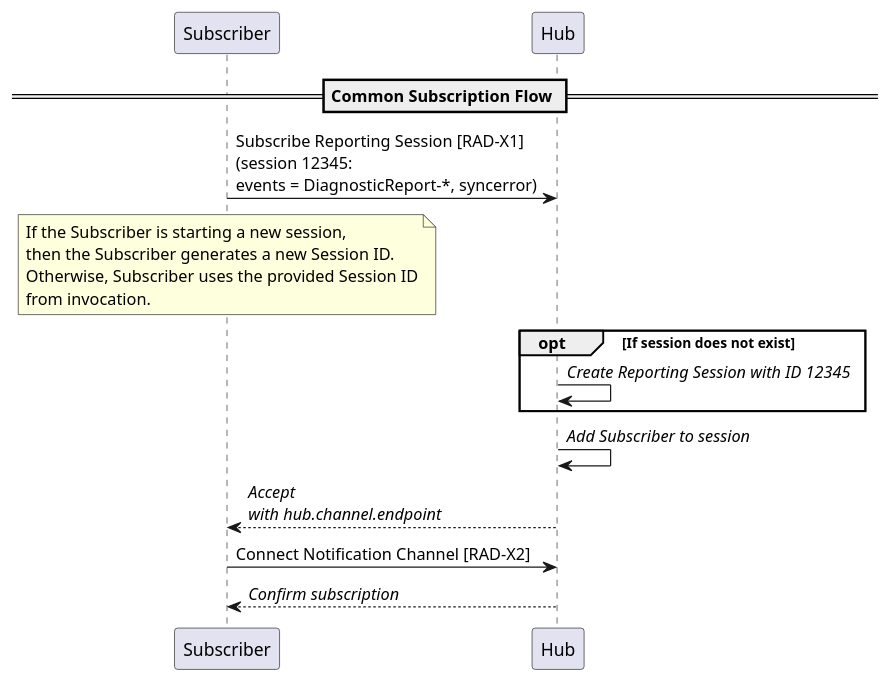
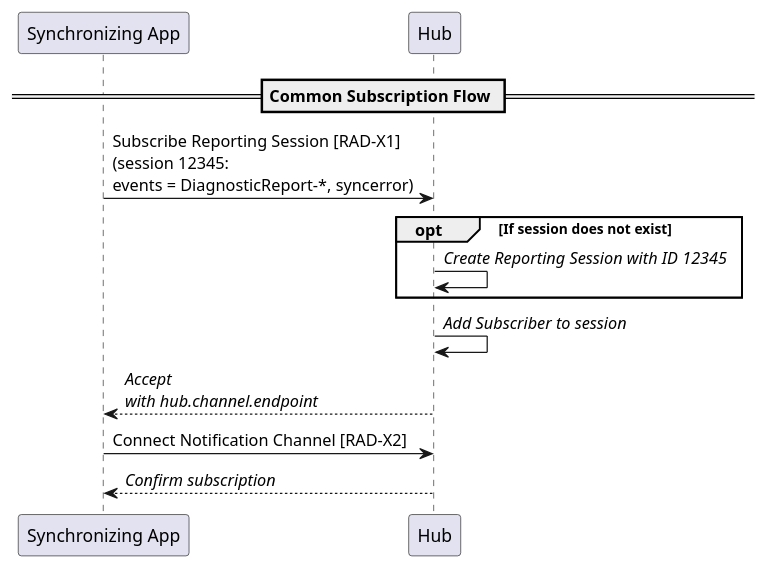
One commit to IHE/RAD.IRA changed the diagram in input/images-source/common-subscription.plantuml. Above: the diagram before and after it, drawn with PlantUML. The commit also changed 9 other files, not shown here.

```diff
--- a/input/images-source/common-subscription.plantuml
+++ b/input/images-source/common-subscription.plantuml
@@ -1,27 +1,20 @@
 @startuml
 
-participant Subscriber as Sub
+participant "Synchronizing App" as Sub
 participant Hub as Hub
 
 == Common Subscription Flow ==
 
 Sub->Hub: Subscribe Reporting Session [RAD-X1]\n(session 12345:\nevents = DiagnosticReport-*, syncerror)
-
-note over Sub
-If the Subscriber is starting a new session,
-then the Subscriber generates a new Session ID.
-Otherwise, Subscriber uses the provided Session ID
-from invocation.
-end note
 
 opt If session does not exist
 Hub->Hub: //Create Reporting Session with ID 12345//
 end
 
 Hub->Hub: //Add Subscriber to session//
 
 Hub-->Sub: //Accept//\n//with hub.channel.endpoint//
 Sub->Hub: Connect Notification Channel [RAD-X2]
 Hub-->Sub: //Confirm subscription//
 
 @enduml
```
